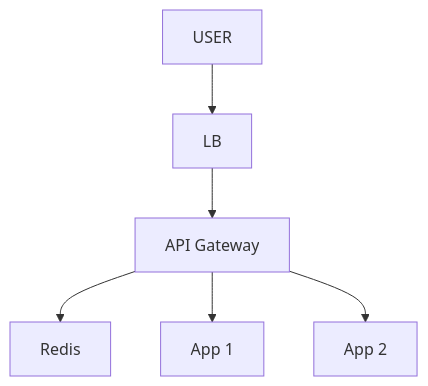
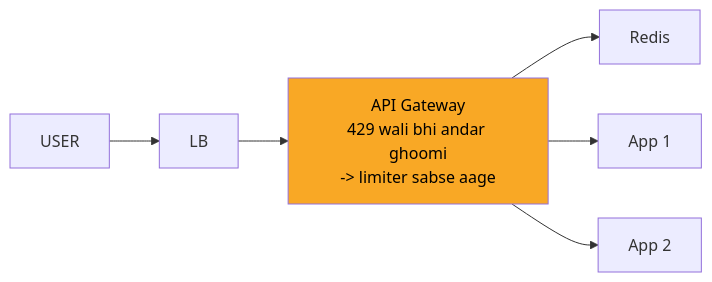
One commit to ArpanMaheshwari144/Prep changed the fourth of 11 diagrams in 04_HLD/SYSTEM_DESIGNS/02_rate_limiter/02_rate_limiter.md. Above: the diagram before and after it, drawn with Mermaid. The commit also changed other lines of this file and 2 other files, not shown here.

Commit message:
url shortener, rate limiter, twitter: one-day story, short cards, follow-ups with rules, highlighted diagrams

````diff
--- a/04_HLD/SYSTEM_DESIGNS/02_rate_limiter/02_rate_limiter.md
+++ b/04_HLD/SYSTEM_DESIGNS/02_rate_limiter/02_rate_limiter.md
@@ -155,14 +186,15 @@
 ```mermaid
-flowchart TD
+flowchart LR
     n_USER["USER"]
     n_LB["LB"]
-    n_API_Gateway["API Gateway"]
+    n_API_Gateway["API Gateway<br/>429 wali bhi andar ghoomi<br/>-> limiter sabse aage"]
     n_Redis["Redis"]
     n_App_x_N_1["App 1"]
     n_App_x_N_2["App 2"]
     n_USER --> n_LB
     n_LB --> n_API_Gateway
     n_API_Gateway --> n_Redis
     n_API_Gateway --> n_App_x_N_1
     n_API_Gateway --> n_App_x_N_2
+    style n_API_Gateway fill:#f9a825,color:#000
 ```
````
